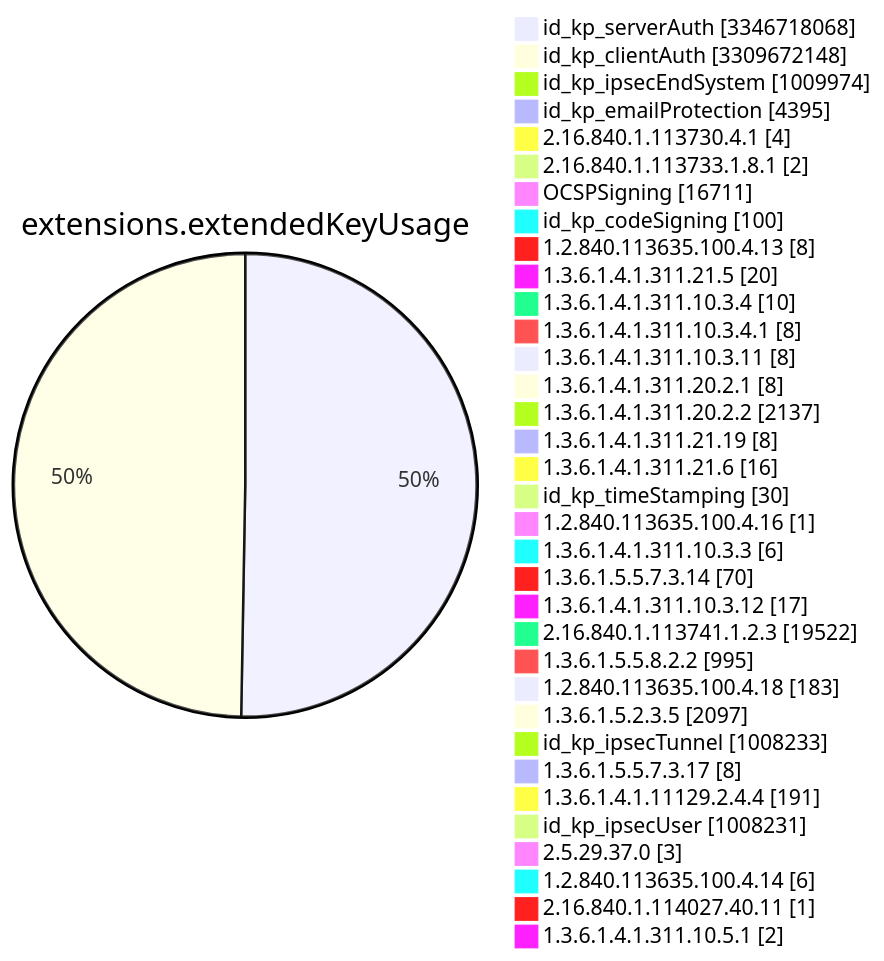
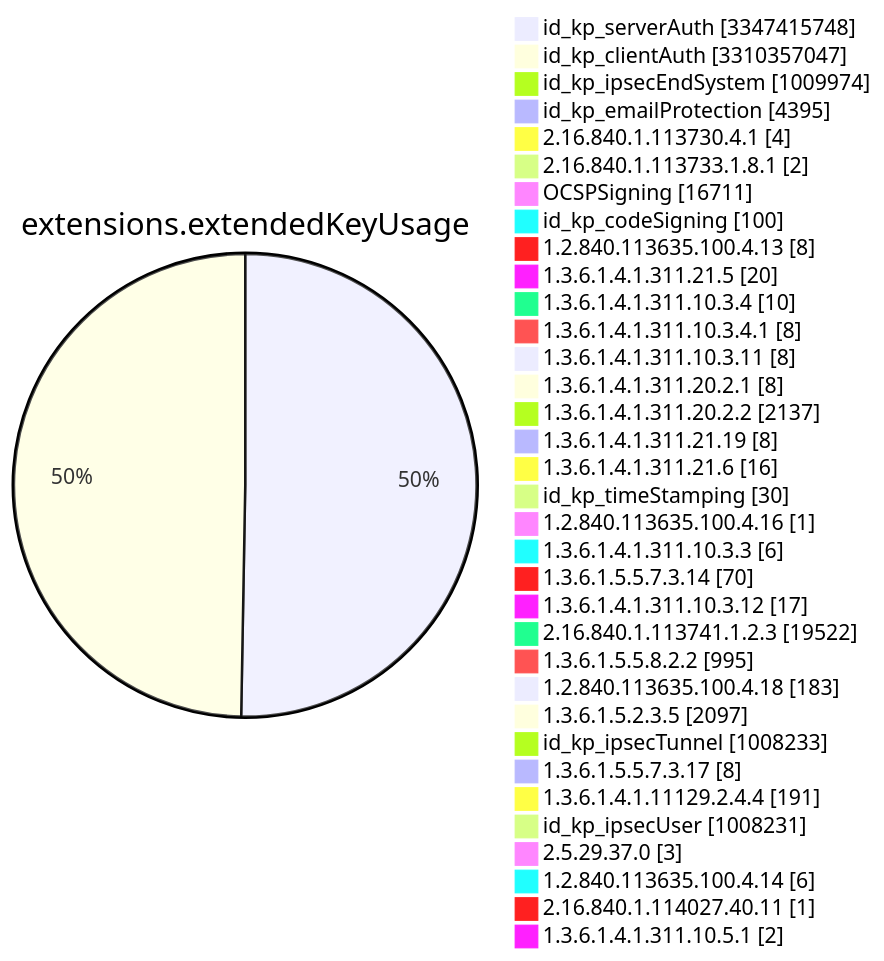
Diagram 11 of 15 in TOTAL/README.md (christiankrug/ctmonitor_visualization), drawn with Mermaid before and after one commit. The commit also changed other lines of this file, not shown here.

````diff
--- a/TOTAL/README.md
+++ b/TOTAL/README.md
@@ -4120,38 +4120,38 @@
 ```mermaid
 pie showData
 title extensions.extendedKeyUsage
-"id_kp_serverAuth" :3346718068
-"id_kp_clientAuth" :3309672148
+"id_kp_serverAuth" :3347415748
+"id_kp_clientAuth" :3310357047
 "id_kp_ipsecEndSystem" :1009974
 "id_kp_emailProtection" :4395
 "2.16.840.1.113730.4.1" :4
 "2.16.840.1.113733.1.8.1" :2
 "OCSPSigning" :16711
 "id_kp_codeSigning" :100
 "1.2.840.113635.100.4.13" :8
 "1.3.6.1.4.1.311.21.5" :20
 "1.3.6.1.4.1.311.10.3.4" :10
 "1.3.6.1.4.1.311.10.3.4.1" :8
 "1.3.6.1.4.1.311.10.3.11" :8
 "1.3.6.1.4.1.311.20.2.1" :8
 "1.3.6.1.4.1.311.20.2.2" :2137
 "1.3.6.1.4.1.311.21.19" :8
 "1.3.6.1.4.1.311.21.6" :16
 "id_kp_timeStamping" :30
 "1.2.840.113635.100.4.16" :1
 "1.3.6.1.4.1.311.10.3.3" :6
 "1.3.6.1.5.5.7.3.14" :70
 "1.3.6.1.4.1.311.10.3.12" :17
 "2.16.840.1.113741.1.2.3" :19522
 "1.3.6.1.5.5.8.2.2" :995
 "1.2.840.113635.100.4.18" :183
 "1.3.6.1.5.2.3.5" :2097
 "id_kp_ipsecTunnel" :1008233
 "1.3.6.1.5.5.7.3.17" :8
 "1.3.6.1.4.1.11129.2.4.4" :191
 "id_kp_ipsecUser" :1008231
 "2.5.29.37.0" :3
 "1.2.840.113635.100.4.14" :6
 "2.16.840.1.114027.40.11" :1
 "1.3.6.1.4.1.311.10.5.1" :2
 ```
````
